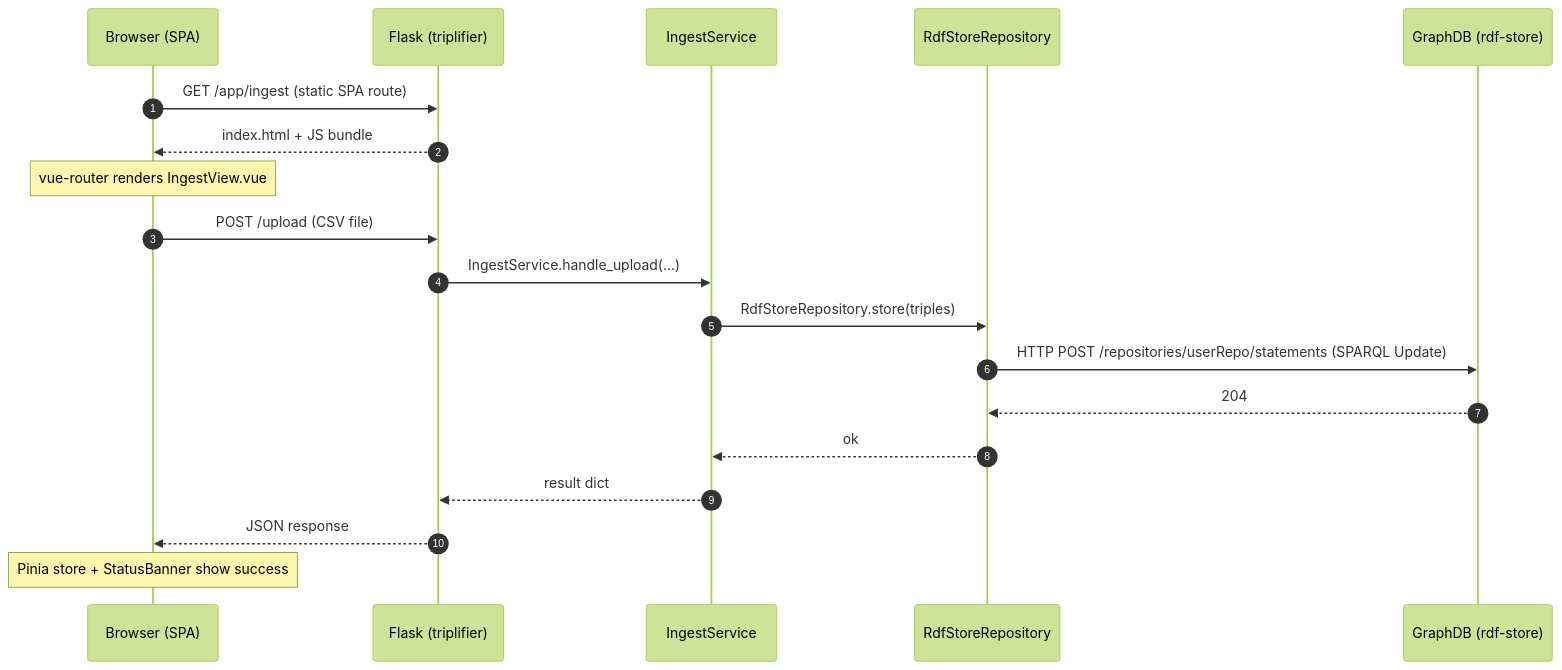
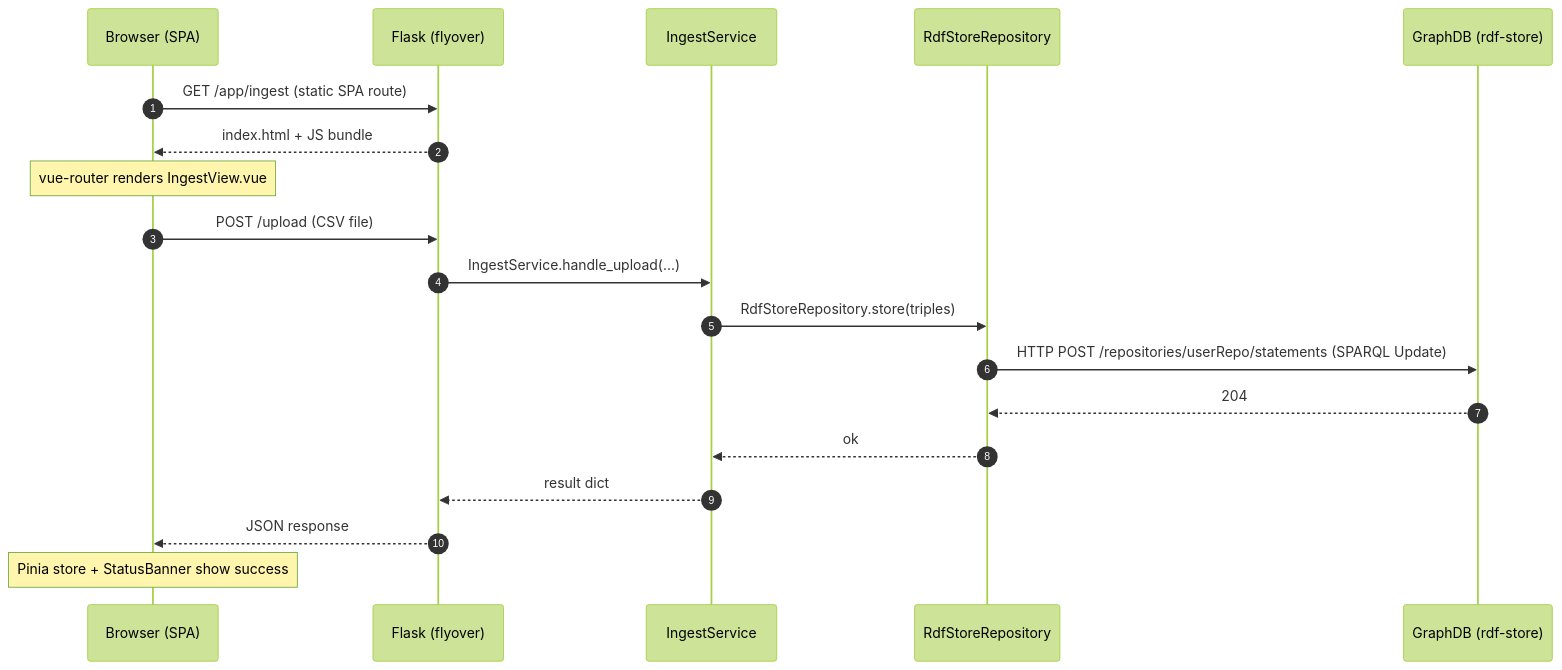
One commit to MaastrichtU-CDS/Flyover changed the second of 3 diagrams in docs/architecture.md. Above: the diagram before and after it, drawn with Mermaid (forest theme). The commit also changed other lines of this file and 185 other files, not shown here.

First line of the commit message:
refactor: rename triplifier/ to flyover/ and move rdf-store/ to stores/rdf/

````diff
--- a/docs/architecture.md
+++ b/docs/architecture.md
@@ -34,22 +34,22 @@
 ```mermaid
 sequenceDiagram
     autonumber
     participant B as Browser (SPA)
-    participant F as Flask (triplifier)
+    participant F as Flask (flyover)
     participant S as IngestService
     participant R as RdfStoreRepository
     participant G as GraphDB (rdf-store)
 
     B->>F: GET /app/ingest (static SPA route)
     F-->>B: index.html + JS bundle
     Note over B: vue-router renders IngestView.vue
     B->>F: POST /upload (CSV file)
     F->>S: IngestService.handle_upload(...)
     S->>R: RdfStoreRepository.store(triples)
     R->>G: HTTP POST /repositories/userRepo/statements (SPARQL Update)
     G-->>R: 204
     R-->>S: ok
     S-->>F: result dict
     F-->>B: JSON response
     Note over B: Pinia store + StatusBanner show success
 ```
````
